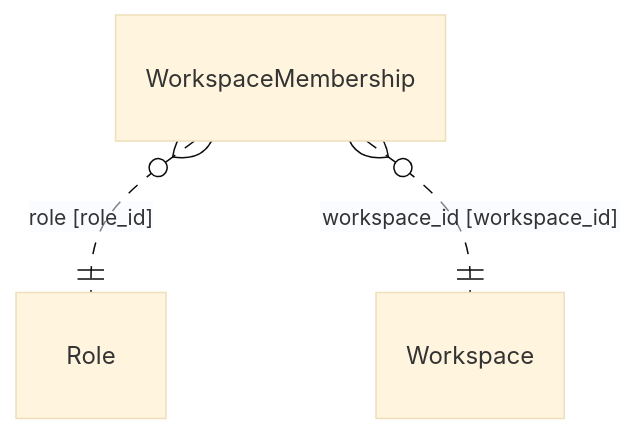
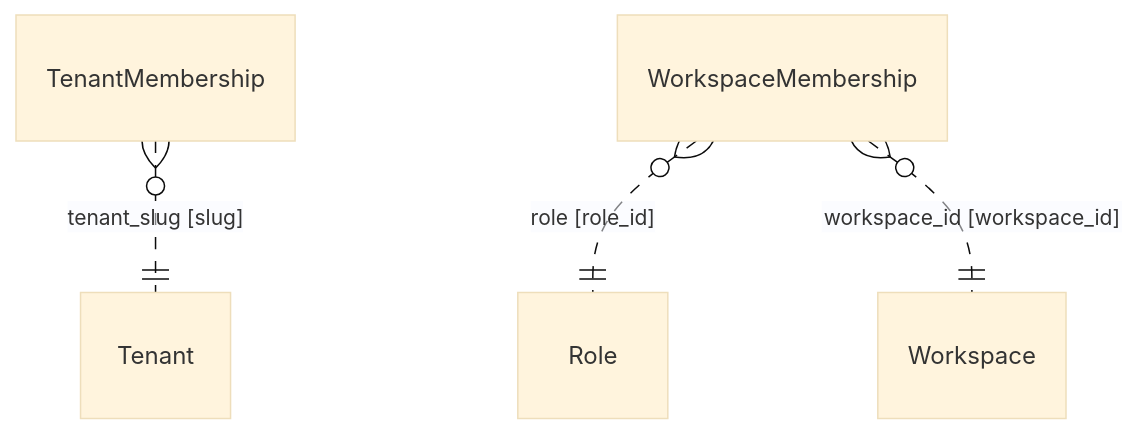
The sixth of 8 diagrams in docs/reference/data-model.md (ruinosus/dna), drawn with Mermaid (base theme) before and after one commit. The commit also changed other lines of this file and 5 other files, not shown here.

````diff
--- a/docs/reference/data-model.md
+++ b/docs/reference/data-model.md
@@ -325,8 +332,11 @@
 ```mermaid
 erDiagram
     Role
+    Tenant
+    TenantMembership
     Workspace
     WorkspaceMembership
+    TenantMembership }o..|| Tenant : "tenant_slug [slug]"
     WorkspaceMembership }o..|| Role : "role [role_id]"
     WorkspaceMembership }o..|| Workspace : "workspace_id [workspace_id]"
 ```
````
